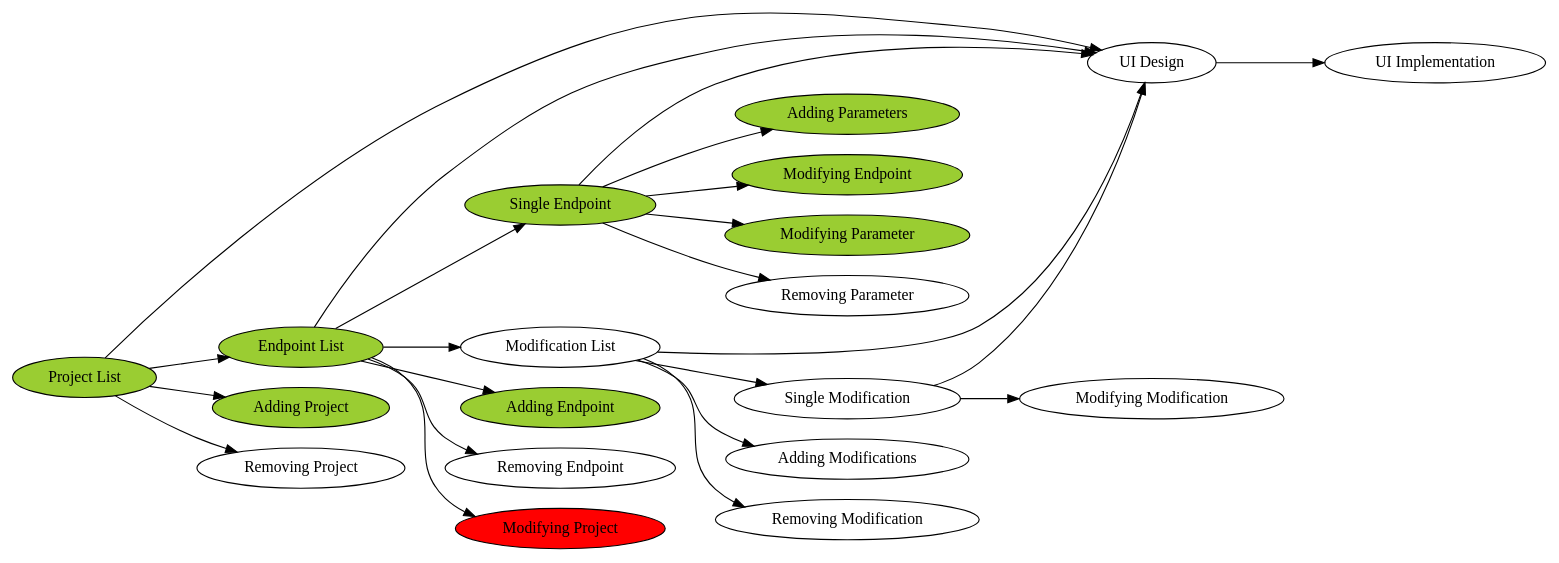
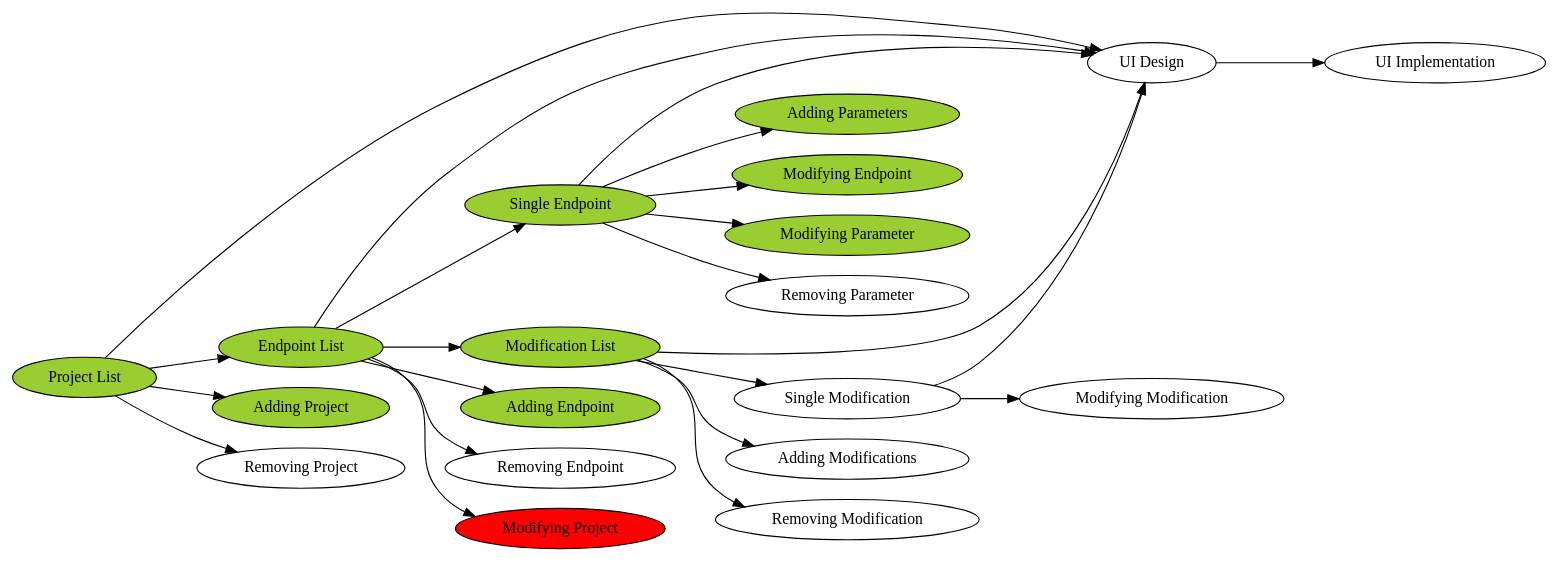
The diagram in doc/tasks.dot (jaccek/endpoint-mock), drawn with Graphviz before and after one commit. The commit also changed 7 other files, not shown here.

```diff
--- a/doc/tasks.dot
+++ b/doc/tasks.dot
@@ -1,61 +1,61 @@
 digraph {
     //layout = circo;
     //mindist = .5;
     rankdir=LR;
 
     disp_project_list -> ui_design;
     disp_project_list -> disp_endpoint_list;
     disp_project_list -> adding_project;
     disp_project_list -> removing_project;
 
     disp_endpoint_list -> ui_design;
     disp_endpoint_list -> disp_single_endpoint;
     disp_endpoint_list -> disp_modification_list;
     disp_endpoint_list -> adding_endpoint;
     disp_endpoint_list -> removing_endpoint;
     disp_endpoint_list -> modifying_project;
 
     disp_single_endpoint -> ui_design;
     disp_single_endpoint -> adding_parameter;
     disp_single_endpoint -> modifying_endpoint;
     disp_single_endpoint -> modifying_parameter;
     disp_single_endpoint -> removing_parameter;
 
     disp_modification_list -> ui_design;
     disp_modification_list -> disp_single_modification;
     disp_modification_list -> adding_modification;
     disp_modification_list -> removing_modification;
 
     disp_single_modification -> ui_design;
     disp_single_modification -> modifying_modification;
 
     ui_design -> ui_implementation;
 
 
 
 
     disp_project_list           [label="Project List", style="filled", fillcolor="yellowgreen"];
     disp_endpoint_list          [label="Endpoint List", style="filled", fillcolor="yellowgreen"];
-    disp_modification_list      [label="Modification List"];
+    disp_modification_list      [label="Modification List", style="filled", fillcolor="yellowgreen"];
 
     disp_single_endpoint        [label="Single Endpoint", style="filled", fillcolor="yellowgreen"];
     disp_single_modification    [label="Single Modification"];
 
     ui_implementation   [label="UI Implementation"];
     ui_design           [label="UI Design"];
 
     adding_project          [label="Adding Project", style="filled", fillcolor="yellowgreen"];
     adding_endpoint         [label="Adding Endpoint", style="filled", fillcolor="yellowgreen"];
     adding_parameter        [label="Adding Parameters", style="filled", fillcolor="yellowgreen"];
     adding_modification     [label="Adding Modifications"];
 
     modifying_project       [label="Modifying Project", style="filled", fillcolor="red"];
     modifying_endpoint      [label="Modifying Endpoint", style="filled", fillcolor="yellowgreen"];
     modifying_parameter     [label="Modifying Parameter", style="filled", fillcolor="yellowgreen"];
     modifying_modification  [label="Modifying Modification"];
 
     removing_project        [label="Removing Project"];
     removing_endpoint       [label="Removing Endpoint"];
     removing_parameter      [label="Removing Parameter"];
     removing_modification   [label="Removing Modification"];
 }
```
